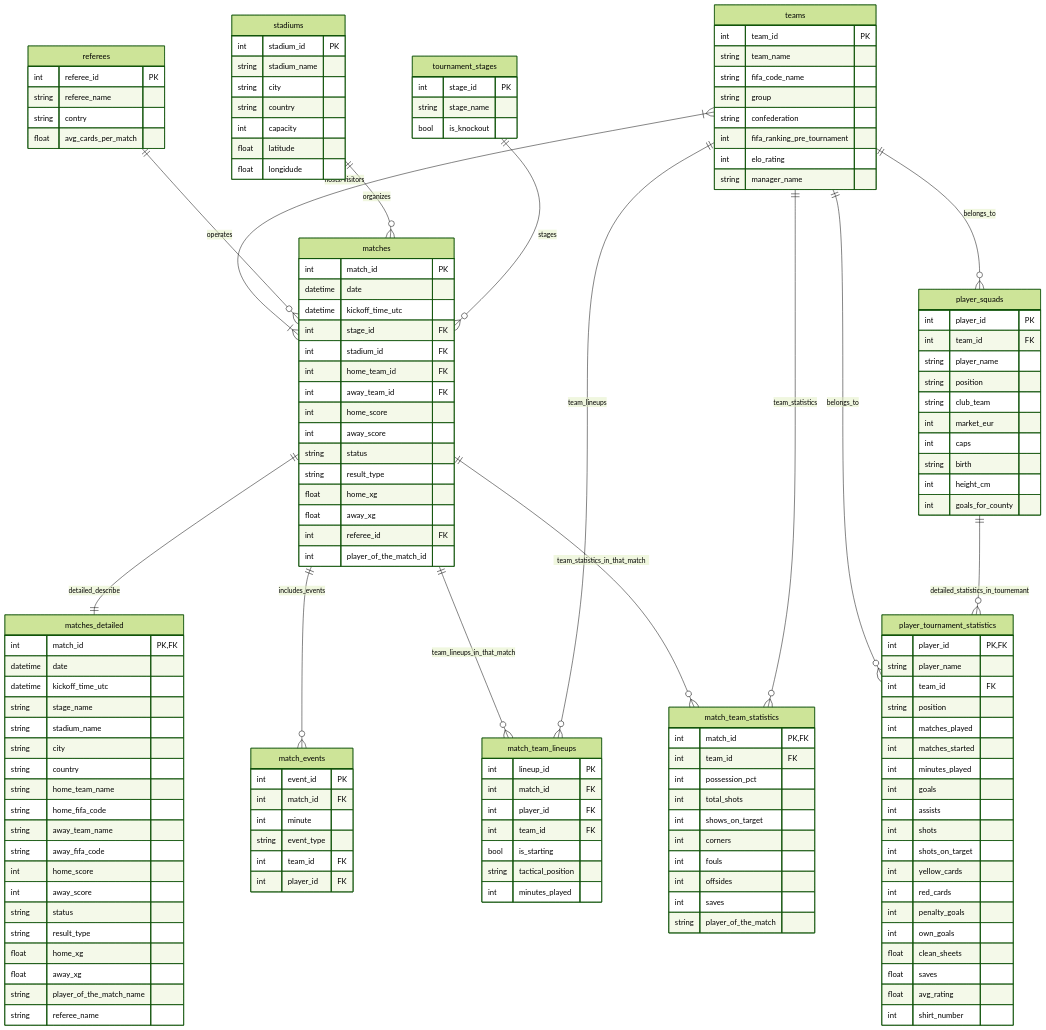
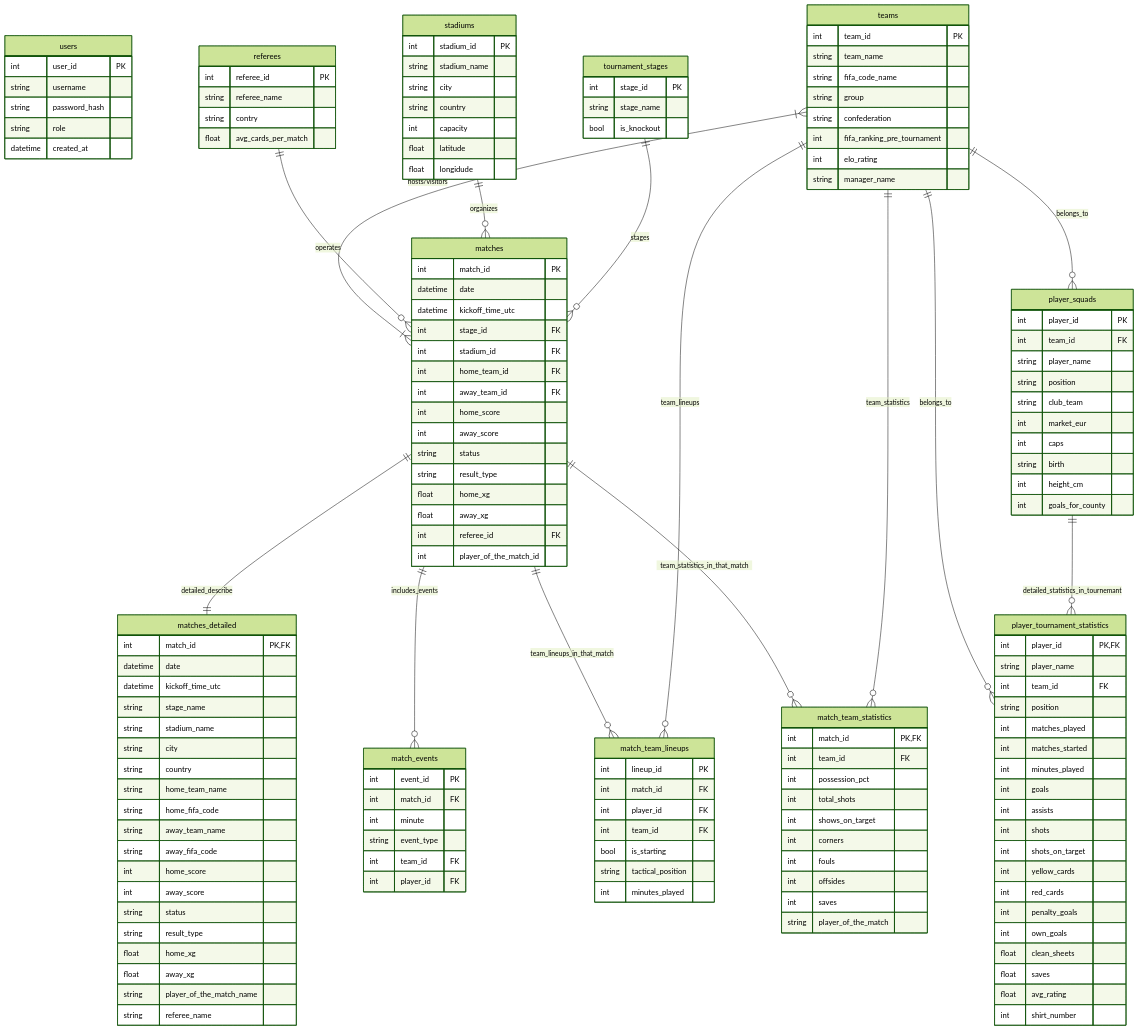
Before and after one commit to nxbac2106/Prj_WC26_MANAGEMENT: the first of 2 diagrams in README.md, drawn with Mermaid. The commit also changed other lines of this file, not shown here.

```diff
--- a/README.md
+++ b/README.md
@@ -71,6 +73,13 @@
   theme: forest
 ---
 erDiagram
+	users {
+		int user_id PK
+		string username
+		string password_hash
+		string role
+		datetime created_at
+	}
 	referees {
 		int referee_id PK   
 		string referee_name 
```
